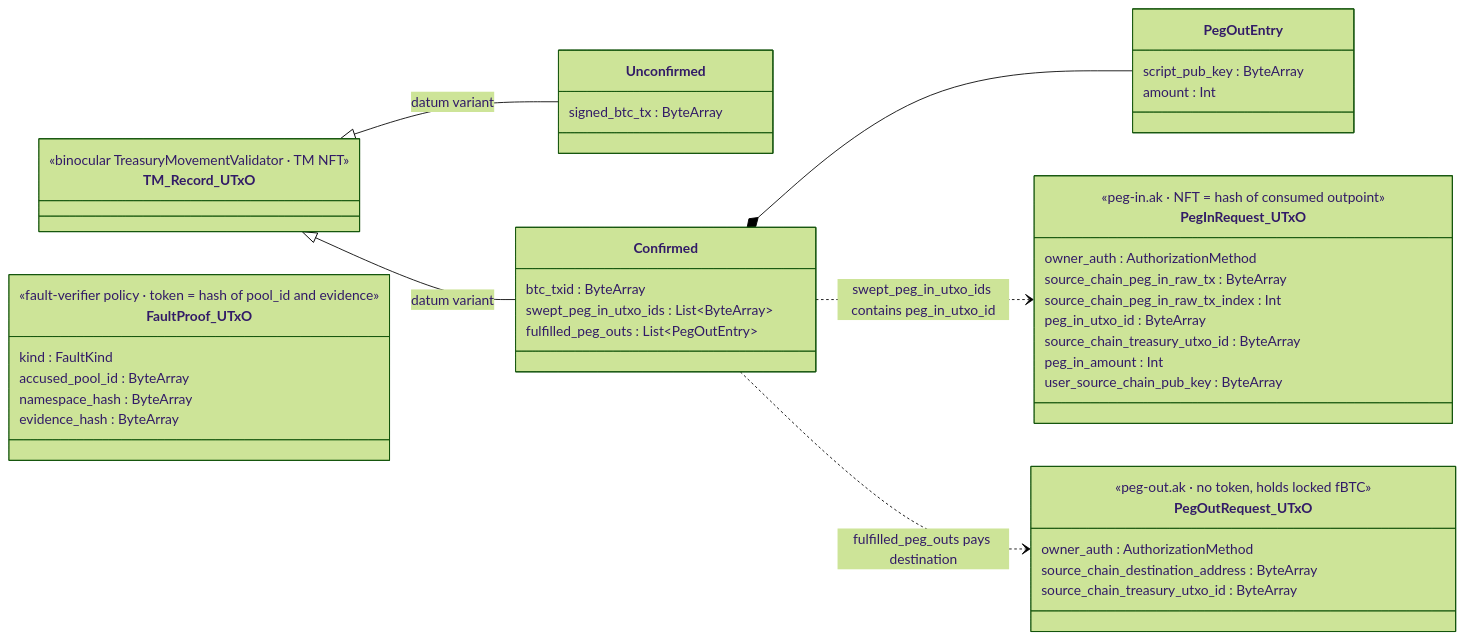
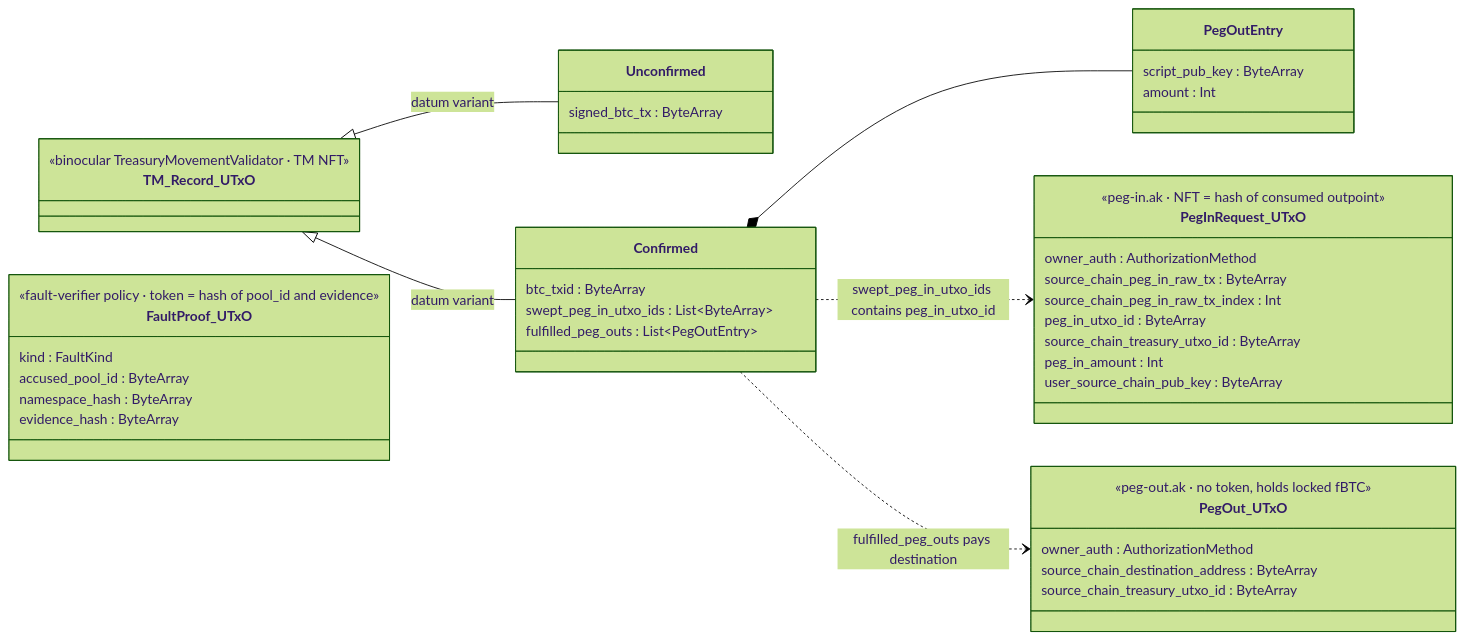
One commit to rssh/ft-bifrost-bridge changed the third of 19 diagrams in documentation/technical_documentation.md. Above: the diagram before and after it, drawn with Mermaid (forest theme). The commit also changed other lines of this file and 2 other files, not shown here.

````diff
--- a/documentation/technical_documentation.md
+++ b/documentation/technical_documentation.md
@@ -529,52 +530,52 @@
 ```mermaid
 classDiagram
     direction LR
 
     class PegInRequest_UTxO {
         <<peg-in.ak · NFT = hash of consumed outpoint>>
         owner_auth : AuthorizationMethod
         source_chain_peg_in_raw_tx : ByteArray
         source_chain_peg_in_raw_tx_index : Int
         peg_in_utxo_id : ByteArray
         source_chain_treasury_utxo_id : ByteArray
         peg_in_amount : Int
         user_source_chain_pub_key : ByteArray
     }
 
-    class PegOutRequest_UTxO {
+    class PegOut_UTxO {
         <<peg-out.ak · no token, holds locked fBTC>>
         owner_auth : AuthorizationMethod
         source_chain_destination_address : ByteArray
         source_chain_treasury_utxo_id : ByteArray
     }
 
     class TM_Record_UTxO {
         <<binocular TreasuryMovementValidator · TM NFT>>
     }
     class Unconfirmed {
         signed_btc_tx : ByteArray
     }
     class Confirmed {
         btc_txid : ByteArray
         swept_peg_in_utxo_ids : List~ByteArray~
         fulfilled_peg_outs : List~PegOutEntry~
     }
     class PegOutEntry {
         script_pub_key : ByteArray
         amount : Int
     }
     TM_Record_UTxO <|-- Unconfirmed : datum variant
     TM_Record_UTxO <|-- Confirmed : datum variant
     Confirmed *-- PegOutEntry
 
     class FaultProof_UTxO {
         <<fault-verifier policy · token = hash of pool_id and evidence>>
         kind : FaultKind
         accused_pool_id : ByteArray
         namespace_hash : ByteArray
         evidence_hash : ByteArray
     }
 
     Confirmed ..> PegInRequest_UTxO : swept_peg_in_utxo_ids contains peg_in_utxo_id
-    Confirmed ..> PegOutRequest_UTxO : fulfilled_peg_outs pays destination
+    Confirmed ..> PegOut_UTxO : fulfilled_peg_outs pays destination
 ```
````
